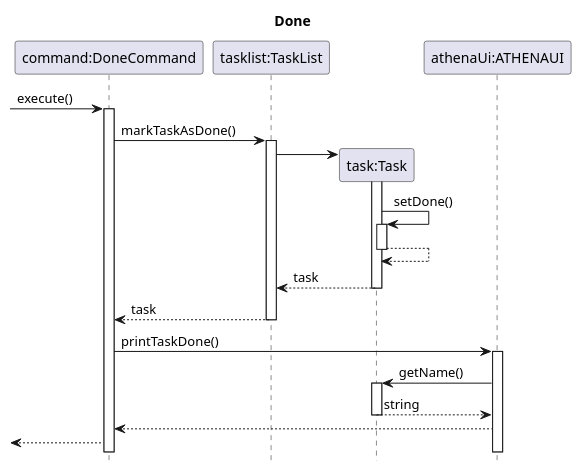
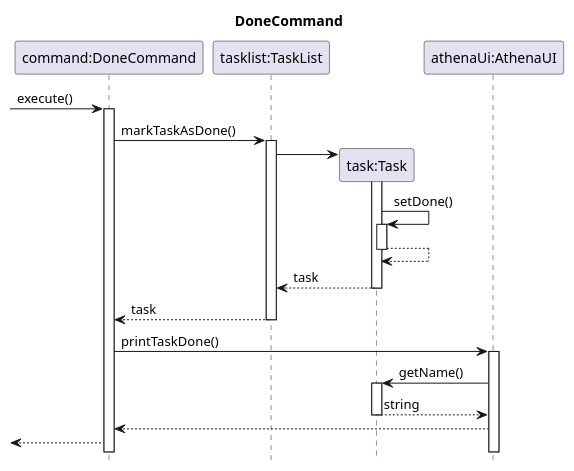
The diagram in docs/sequenceDiagrams/DoneCommand.puml (wish2023/tp), drawn with PlantUML before and after one commit. The commit also changed 6 other files, not shown here.

```diff
--- a/docs/sequenceDiagrams/DoneCommand.puml
+++ b/docs/sequenceDiagrams/DoneCommand.puml
@@ -1,28 +1,28 @@
 @startuml
 hide footbox
-title Done
+title DoneCommand
 
 participant "command:DoneCommand" as DoneCommand
 participant "tasklist:TaskList" as TaskList
 participant "task:Task" as Task
-participant "athenaUi:ATHENAUI" as AthenaUI
+participant "athenaUi:AthenaUI" as AthenaUI
 
 ->DoneCommand: execute()
 activate DoneCommand
 DoneCommand->TaskList: markTaskAsDone()
 activate TaskList
 
 TaskList->Task**
 activate Task
 Task->Task++:setDone()
 Task-->Task--:
 return task
 return task
 DoneCommand->AthenaUI: printTaskDone()
 activate AthenaUI
 AthenaUI->Task++: getName()
 return string
 AthenaUI-->DoneCommand:
 <--DoneCommand
 
 @enduml
```
